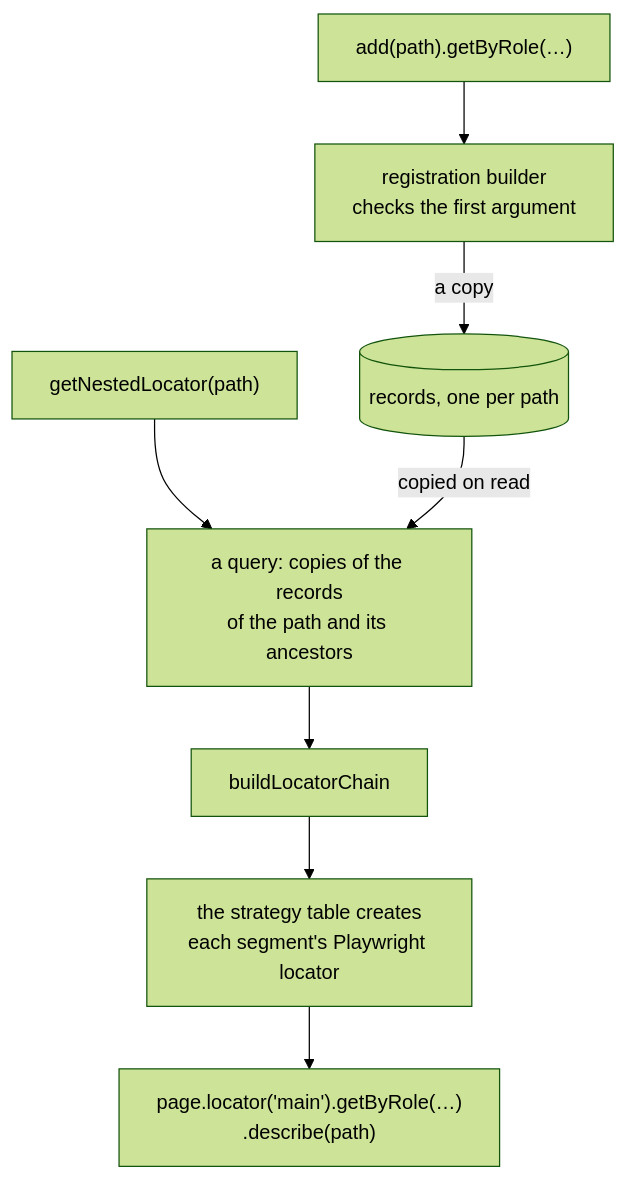
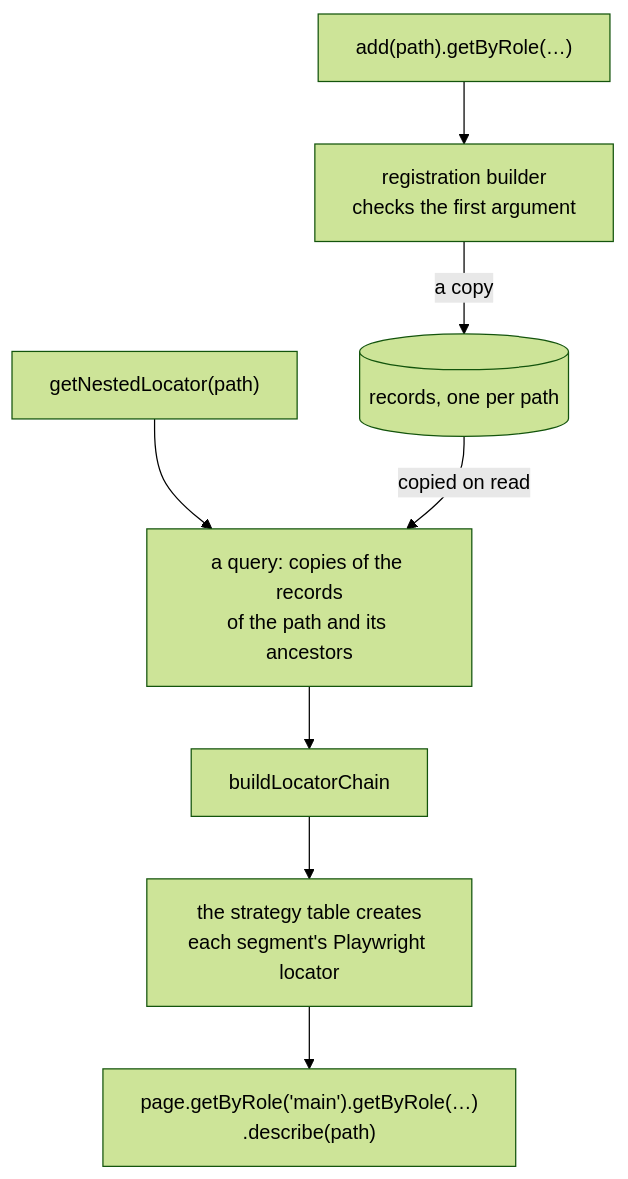
One commit to DyHex/POMWright changed the diagram in website/src/content/docs/internal/index.md. Above: the diagram before and after it, drawn with Mermaid (forest theme). The commit also changed 66 other files, not shown here.

First line of the commit message:
docs: register the main landmark by its role, getByRole("main"), across the repository

````diff
--- a/website/src/content/docs/internal/index.md
+++ b/website/src/content/docs/internal/index.md
@@ -56,10 +56,10 @@
 ```mermaid
 flowchart TD
   add["add(path).getByRole(…)"] --> builder["registration builder<br/>checks the first argument"]
   builder -->|a copy| records[("records, one per path")]
   nested["getNestedLocator(path)"] --> query["a query: copies of the records<br/>of the path and its ancestors"]
   records -->|copied on read| query
   query --> chain["buildLocatorChain"]
   chain --> table["the strategy table creates<br/>each segment's Playwright locator"]
-  table --> locator["page.locator('main').getByRole(…)<br/>.describe(path)"]
+  table --> locator["page.getByRole('main').getByRole(…)<br/>.describe(path)"]
 ```
````
